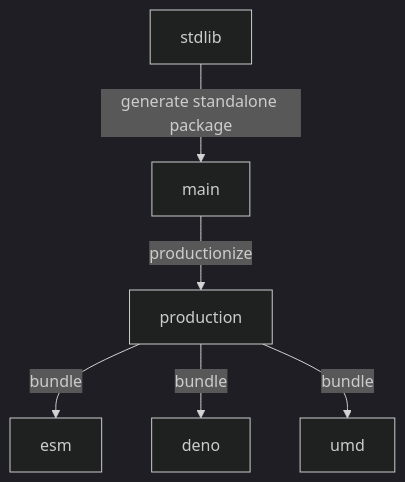
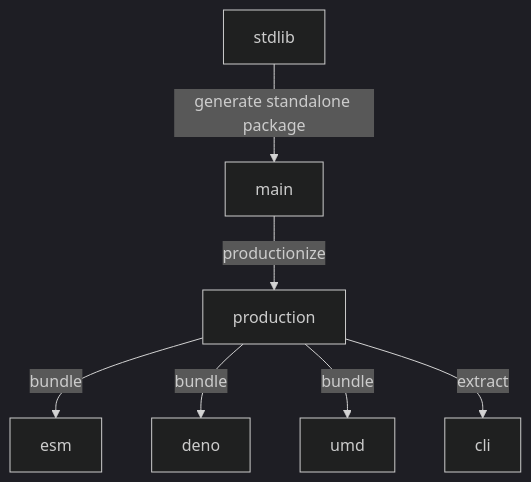
The diagram in branches.md (stdlib-js/datasets-img-march-pastoral), drawn with Mermaid (dark theme) before and after one commit. The commit also changed other lines of this file and 8 other files, not shown here.

````diff
--- a/branches.md
+++ b/branches.md
@@ -33,15 +34,17 @@
 ```mermaid
 graph TD;
 A[stdlib]-->|generate standalone package|B;
 B[main] -->|productionize| C[production];
 C -->|bundle| D[esm];
 C -->|bundle| E[deno];
 C -->|bundle| F[umd];
+C -->|extract| G[cli];
 
-click A href "https://github.com/stdlib-js/stdlib/tree/develop/lib/node_modules/%40stdlib/datasets/img-march-pastoral"
-click B href "https://github.com/stdlib-js/datasets-img-march-pastoral/tree/main"
-click C href "https://github.com/stdlib-js/datasets-img-march-pastoral/tree/production"
-click D href "https://github.com/stdlib-js/datasets-img-march-pastoral/tree/esm"
-click E href "https://github.com/stdlib-js/datasets-img-march-pastoral/tree/deno"
-click F href "https://github.com/stdlib-js/datasets-img-march-pastoral/tree/umd"
+%% click A href "https://github.com/stdlib-js/stdlib/tree/develop/lib/node_modules/%40stdlib/datasets/img-march-pastoral"
+%% click B href "https://github.com/stdlib-js/datasets-img-march-pastoral/tree/main"
+%% click C href "https://github.com/stdlib-js/datasets-img-march-pastoral/tree/production"
+%% click D href "https://github.com/stdlib-js/datasets-img-march-pastoral/tree/esm"
+%% click E href "https://github.com/stdlib-js/datasets-img-march-pastoral/tree/deno"
+%% click F href "https://github.com/stdlib-js/datasets-img-march-pastoral/tree/umd"
+%% click G href "https://github.com/stdlib-js/datasets-img-march-pastoral/tree/cli"
 ```
````
